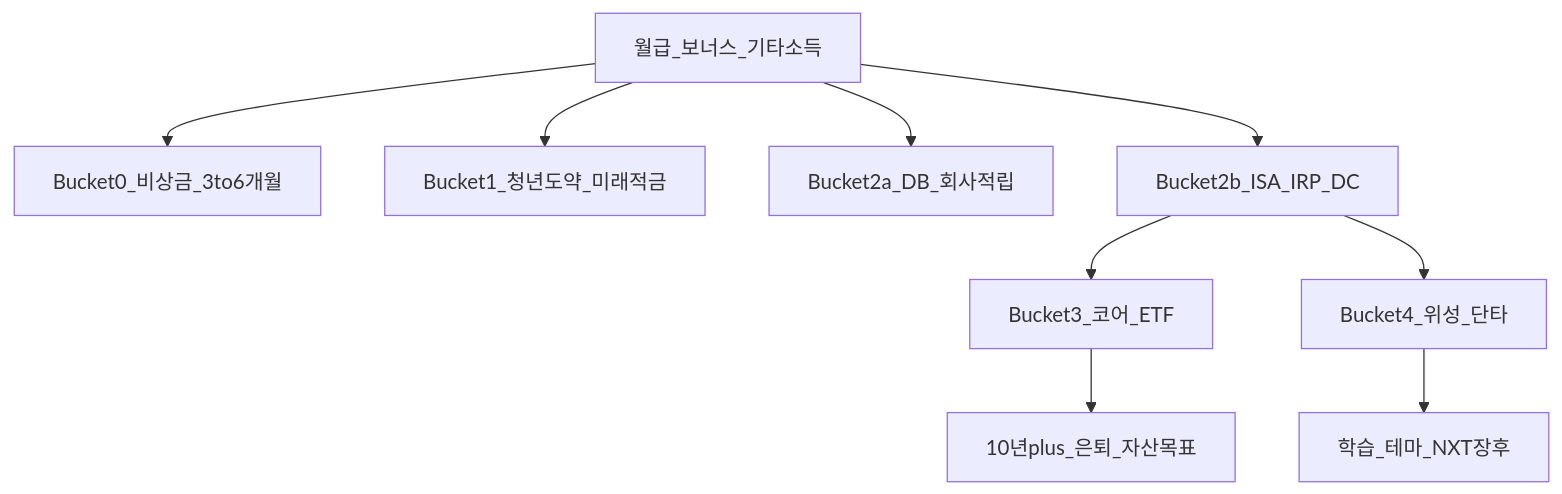
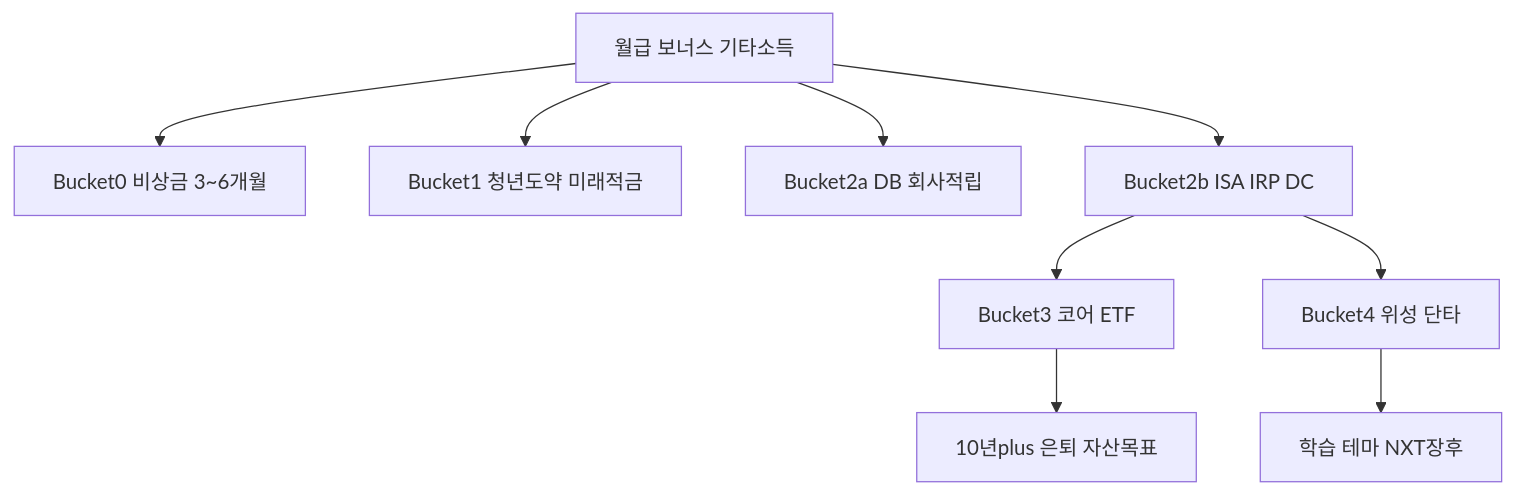
Before and after one commit to goldanghenry/Finances: the first of 2 diagrams in 04-portfolio/time-horizon-and-buckets.md, drawn with Mermaid. The commit also changed other lines of this file and 211 other files, not shown here.

````diff
--- a/04-portfolio/time-horizon-and-buckets.md
+++ b/04-portfolio/time-horizon-and-buckets.md
@@ -119,12 +121,12 @@
 ```mermaid
 flowchart TB
-  Income[월급_보너스_기타소득]
-  Income --> B0[Bucket0_비상금_3to6개월]
-  Income --> B1[Bucket1_청년도약_미래적금]
-  Income --> B2a[Bucket2a_DB_회사적립]
-  Income --> B2b[Bucket2b_ISA_IRP_DC]
-  B2b --> B3[Bucket3_코어_ETF]
-  B2b --> B4[Bucket4_위성_단타]
-  B3 --> Goal[10년plus_은퇴_자산목표]
-  B4 --> Exp[학습_테마_NXT장후]
+  Income["월급 보너스 기타소득"]
+  Income --> B0["Bucket0 비상금 3~6개월"]
+  Income --> B1["Bucket1 청년도약 미래적금"]
+  Income --> B2a["Bucket2a DB 회사적립"]
+  Income --> B2b["Bucket2b ISA IRP DC"]
+  B2b --> B3["Bucket3 코어 ETF"]
+  B2b --> B4["Bucket4 위성 단타"]
+  B3 --> Goal["10년plus 은퇴 자산목표"]
+  B4 --> Exp["학습 테마 NXT장후"]
 ```
````
